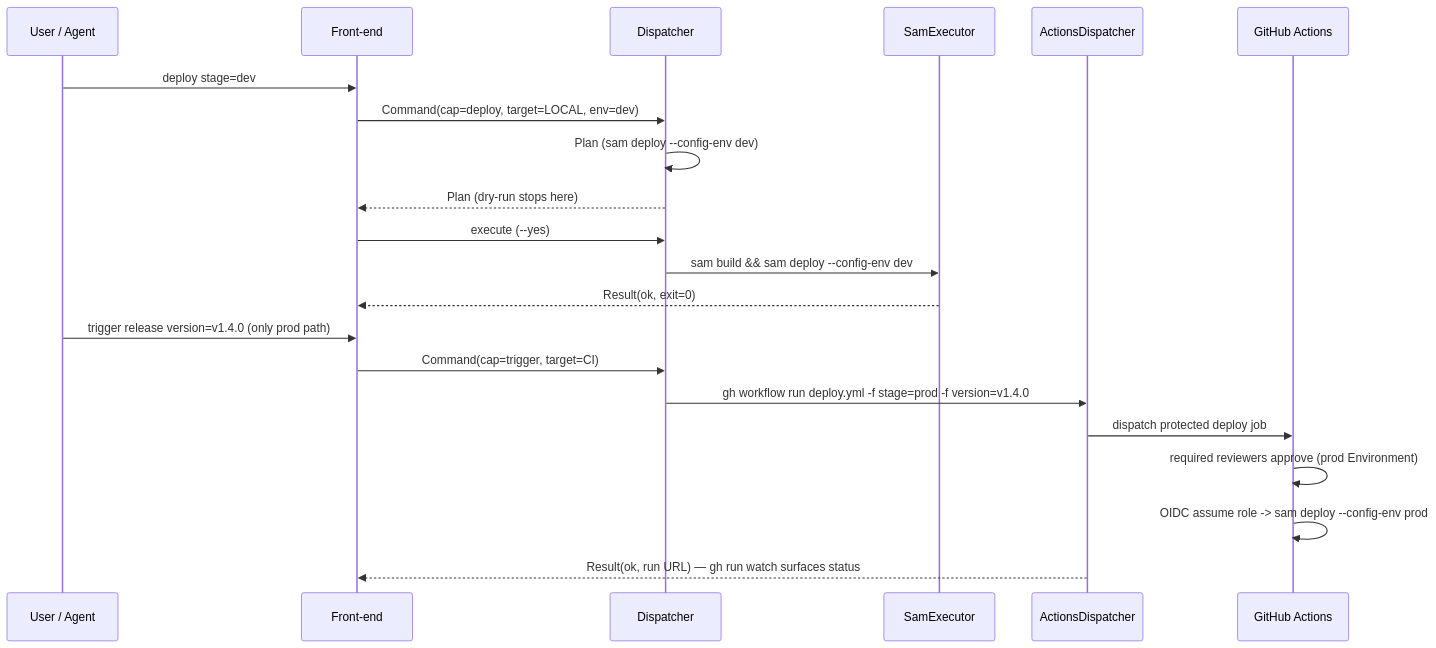
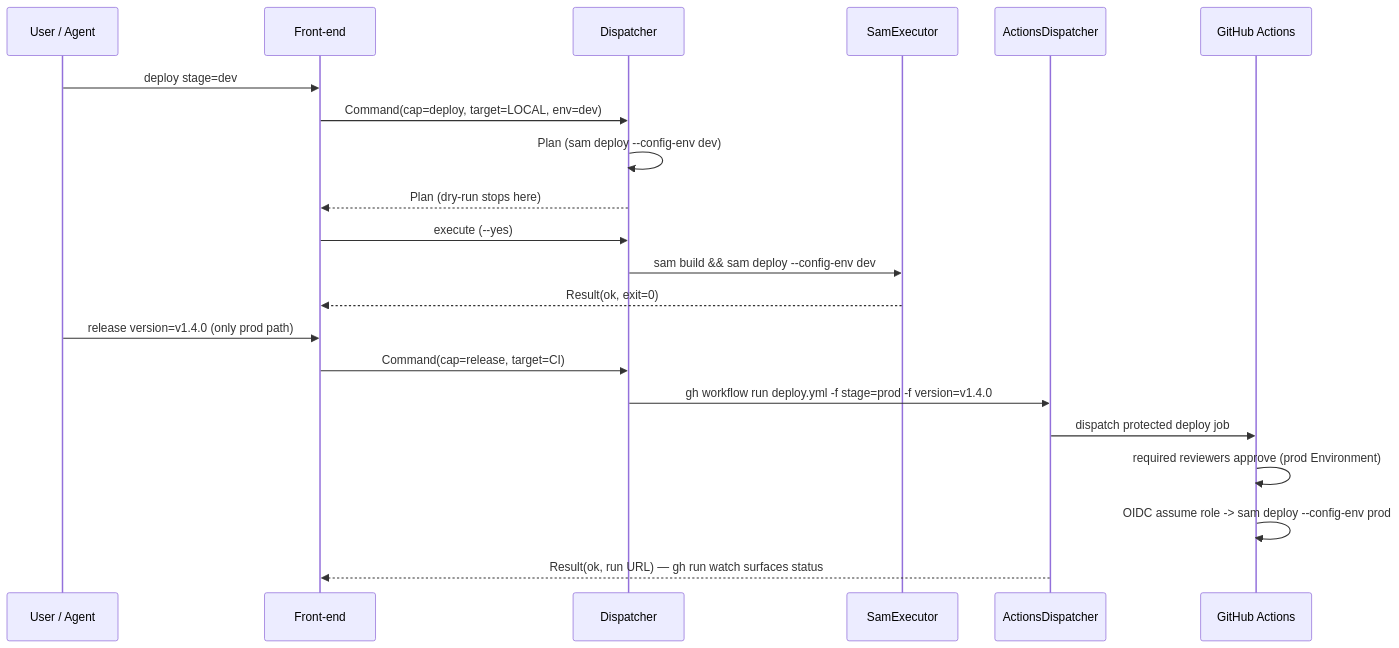
The second of 2 diagrams in .kiro/specs/deploy-control-plane/design.md (RyanYCT/bdo-market-insights), drawn with Mermaid before and after one commit. The commit also changed other lines of this file and 1 other file, not shown here.

````diff
--- a/.kiro/specs/deploy-control-plane/design.md
+++ b/.kiro/specs/deploy-control-plane/design.md
@@ -105,25 +105,25 @@
 ```mermaid
 sequenceDiagram
     participant U as User / Agent
     participant F as Front-end
     participant D as Dispatcher
     participant S as SamExecutor
     participant A as ActionsDispatcher
     participant G as GitHub Actions
 
     U->>F: deploy stage=dev
     F->>D: Command(cap=deploy, target=LOCAL, env=dev)
     D->>D: Plan (sam deploy --config-env dev)
     D-->>F: Plan (dry-run stops here)
     F->>D: execute (--yes)
     D->>S: sam build && sam deploy --config-env dev
     S-->>F: Result(ok, exit=0)
 
-    U->>F: trigger release version=v1.4.0  (only prod path)
-    F->>D: Command(cap=trigger, target=CI)
+    U->>F: release version=v1.4.0  (only prod path)
+    F->>D: Command(cap=release, target=CI)
     D->>A: gh workflow run deploy.yml -f stage=prod -f version=v1.4.0
     A->>G: dispatch protected deploy job
     G->>G: required reviewers approve (prod Environment)
     G->>G: OIDC assume role -> sam deploy --config-env prod
     A-->>F: Result(ok, run URL) — gh run watch surfaces status
 ```
````
